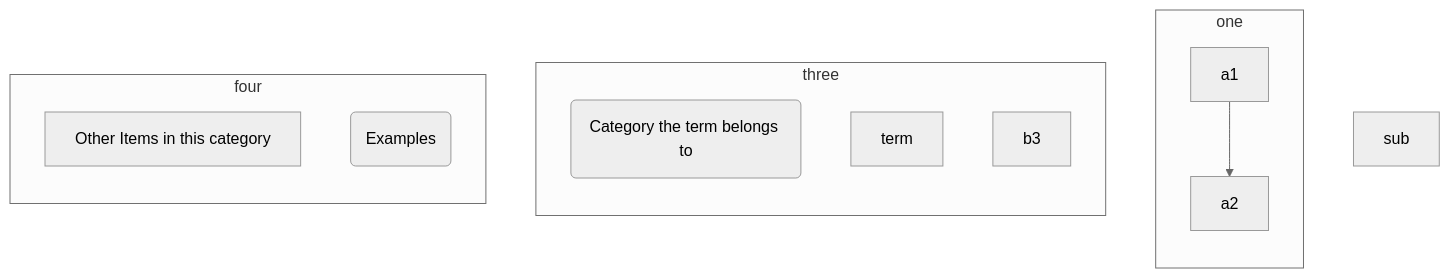
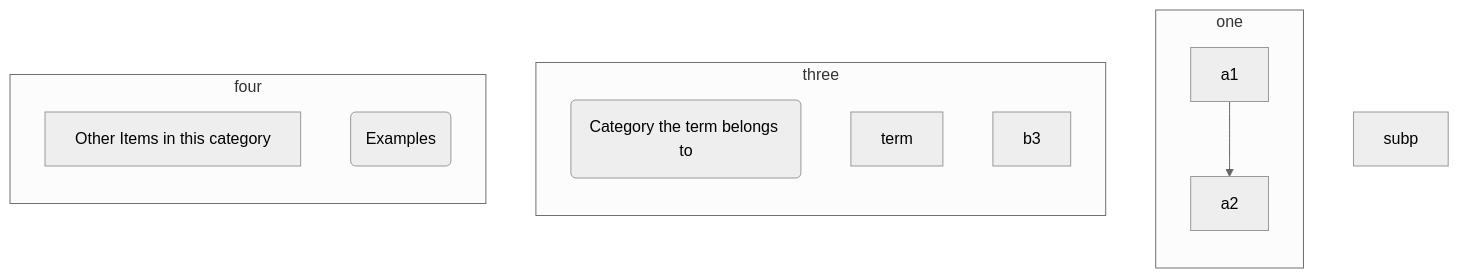
The diagram in slides.md (gerbssusd/dok), drawn with Mermaid (neutral theme) before and after one commit.

````diff
--- a/slides.md
+++ b/slides.md
@@ -217,25 +217,25 @@
 ```mermaid
 flowchart TB
     subgraph one 
      direction TB
     a1-->a2
      end
-    sub
+    subp
     subgraph three
       direction TB
         b1(Category the term belongs to)
         b2[term]
         b3 
         end
     subgraph four
       direction TB
     c1[Other Items in this category] 
     c2(Examples)
     end
 
 
 
 
 
 
 ```
````
